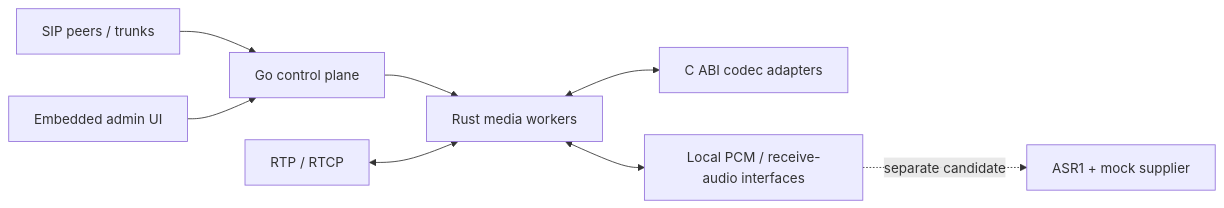
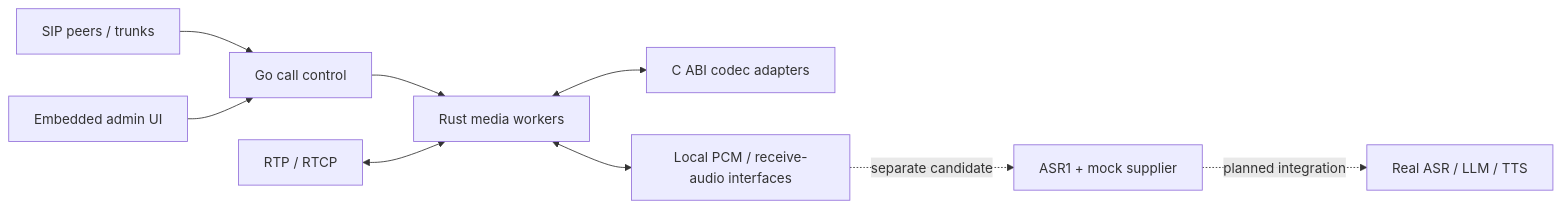
One commit to weijiaxing1992-arch/yunfu-voice-runtime changed the diagram in README_EN.md. Above: the diagram before and after it, drawn with Mermaid. The commit also changed other lines of this file and 157 other files, not shown here.

````diff
--- a/README_EN.md
+++ b/README_EN.md
@@ -41,10 +84,11 @@
 ```mermaid
 flowchart LR
-    SIP["SIP peers / trunks"] --> Control["Go control plane"]
+    SIP["SIP peers / trunks"] --> Control["Go call control"]
     Console["Embedded admin UI"] --> Control
     Control --> Workers["Rust media workers"]
     RTP["RTP / RTCP"] <--> Workers
     Workers <--> Native["C ABI codec adapters"]
     Workers <--> PCM["Local PCM / receive-audio interfaces"]
     PCM -. "separate candidate" .-> ASR["ASR1 + mock supplier"]
+    ASR -. "planned integration" .-> AI["Real ASR / LLM / TTS"]
 ```
````
